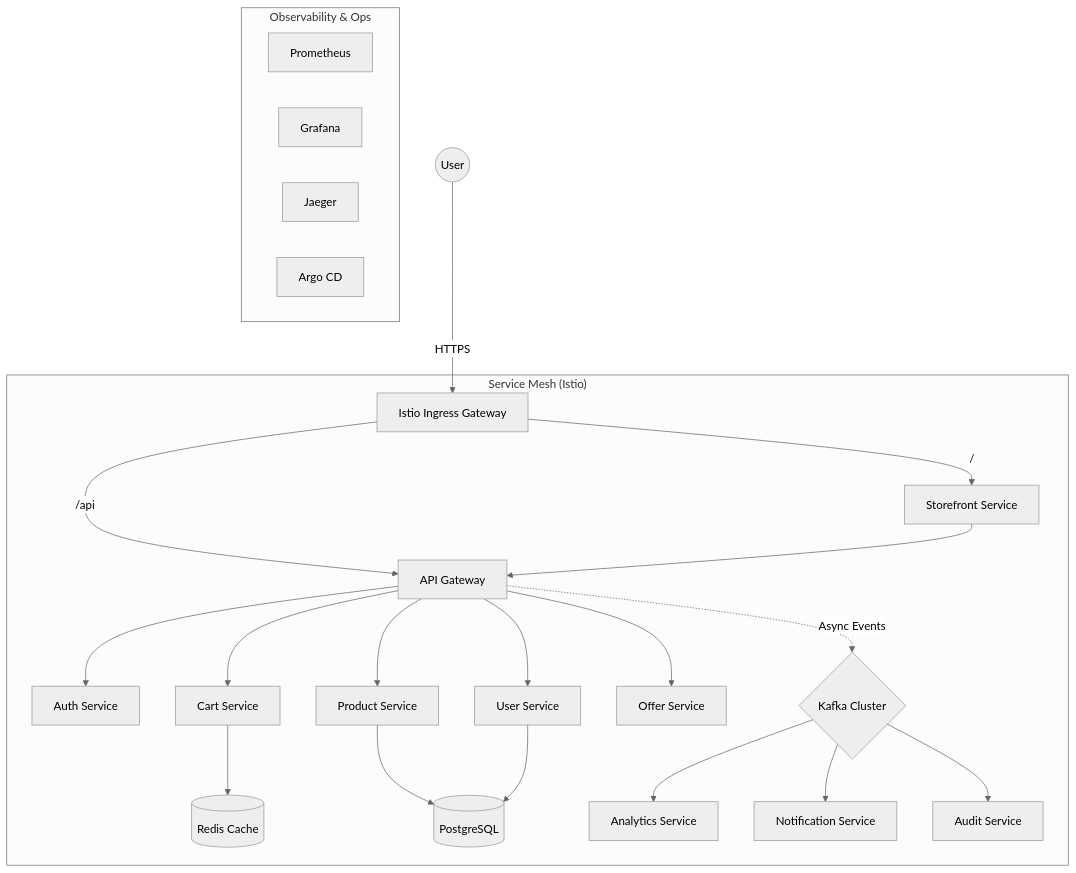
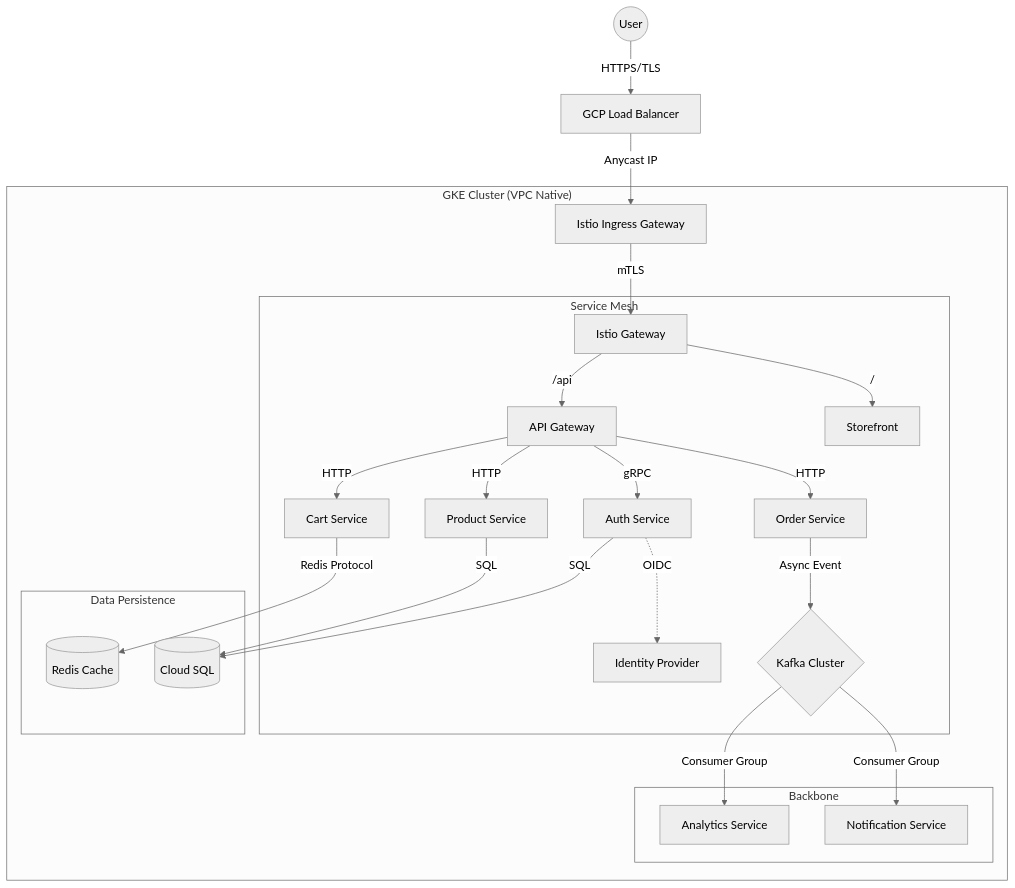
One commit to Moiz-Ali-Moomin/microservice-ecommerce-gcp-cloud-gke-setup changed the diagram in README.md. Above: the diagram before and after it, drawn with Mermaid (neutral theme). The commit also changed other lines of this file and 1 other file, not shown here.

Commit message:
docs: overhaul README with advanced architecture and SRE guides

````diff
--- a/README.md
+++ b/README.md
@@ -20,34 +22,34 @@
 ```mermaid
 graph TD
-    User((User)) -->|HTTPS| G[Istio Ingress Gateway]
+    User((User)) -->|HTTPS/TLS| LB[GCP Load Balancer]
+    LB -->|Anycast IP| Ingress[Istio Ingress Gateway]
     
-    subgraph "Service Mesh (Istio)"
-        G -->|/api| API[API Gateway]
-        G -->|/| Web[Storefront Service]
+    subgraph "GKE Cluster (VPC Native)"
+        Ingress -->|mTLS| Gateway[Istio Gateway]
         
-        API --> Auth[Auth Service]
-        API --> Product[Product Service]
-        API --> Cart[Cart Service]
-        API --> UserSvc[User Service]
-        API --> Offer[Offer Service]
+        subgraph "Service Mesh"
+            Gateway -->|/api| API[API Gateway]
+            Gateway -->|/| Web[Storefront]
+            
+            API -->|gRPC| Auth[Auth Service]
+            API -->|HTTP| Cart[Cart Service]
+            API -->|HTTP| Product[Product Service]
+            API -->|HTTP| Order[Order Service]
+            
+            Auth -.->|OIDC| IDP[Identity Provider]
+            
+            Order -->|Async Event| Kafka{Kafka Cluster}
+        end
         
-        Web --> API
+        subgraph "Data Persistence"
+            Cart -->|Redis Protocol| Redis[(Redis Cache)]
+            Auth -->|SQL| DB[(Cloud SQL)]
+            Product -->|SQL| DB
+        end
         
-        Cart --> Redis[(Redis Cache)]
-        Product --> DB[(PostgreSQL)]
-        UserSvc --> DB
-        
-        API -.->|Async Events| Kafka{Kafka Cluster}
-        
-        Kafka --> Analytics[Analytics Service]
-        Kafka --> Notif[Notification Service]
-        Kafka --> Audit[Audit Service]
-    end
-    
-    subgraph "Observability & Ops"
-        Prom[Prometheus]
-        Graf[Grafana]
-        Jaeg[Jaeger]
-        Argo[Argo CD]
+        subgraph "Backbone"
+            Kafka -->|Consumer Group| Analytics[Analytics Service]
+            Kafka -->|Consumer Group| Notif[Notification Service]
+        end
     end
 ```
````
